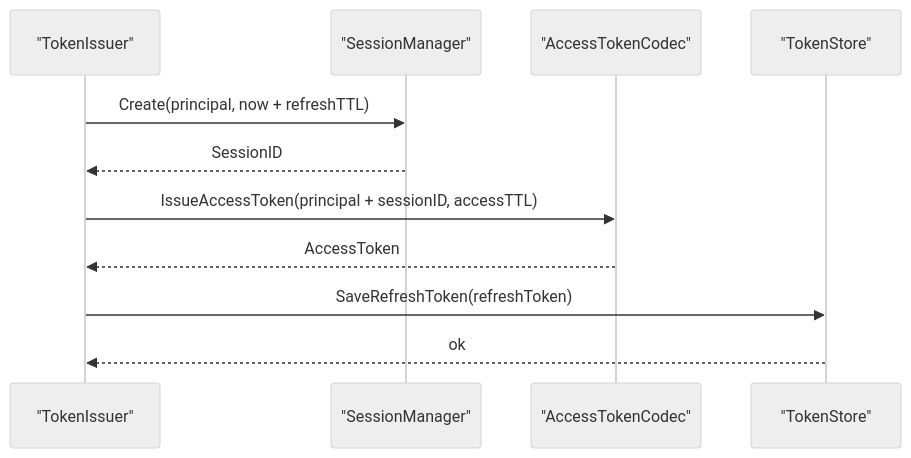
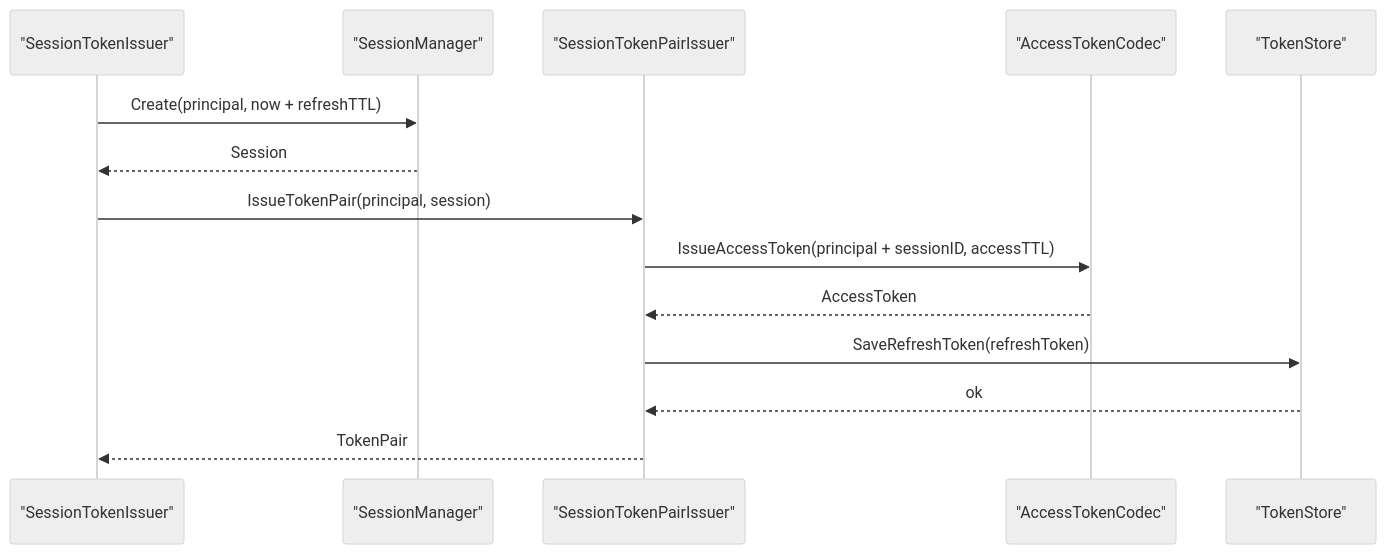
Before and after one commit to FangcunMount/iam: the seventh of 12 diagrams in docs/02-认证AuthN/02-认证语义-用户状态&会话&Token边界.md, drawn with Mermaid (neutral theme). The commit also changed other lines of this file and 18 other files, not shown here.

````diff
--- a/docs/02-认证AuthN/02-认证语义-用户状态&会话&Token边界.md
+++ b/docs/02-认证AuthN/02-认证语义-用户状态&会话&Token边界.md
@@ -560,14 +586,17 @@
 ```mermaid
 sequenceDiagram
-    participant Issuer as "TokenIssuer"
+    participant SessionIssuer as "SessionTokenIssuer"
     participant Session as "SessionManager"
+    participant PairIssuer as "SessionTokenPairIssuer"
     participant Codec as "AccessTokenCodec"
     participant Store as "TokenStore"
 
-    Issuer->>Session: Create(principal, now + refreshTTL)
-    Session-->>Issuer: SessionID
-    Issuer->>Codec: IssueAccessToken(principal + sessionID, accessTTL)
-    Codec-->>Issuer: AccessToken
-    Issuer->>Store: SaveRefreshToken(refreshToken)
-    Store-->>Issuer: ok
+    SessionIssuer->>Session: Create(principal, now + refreshTTL)
+    Session-->>SessionIssuer: Session
+    SessionIssuer->>PairIssuer: IssueTokenPair(principal, session)
+    PairIssuer->>Codec: IssueAccessToken(principal + sessionID, accessTTL)
+    Codec-->>PairIssuer: AccessToken
+    PairIssuer->>Store: SaveRefreshToken(refreshToken)
+    Store-->>PairIssuer: ok
+    PairIssuer-->>SessionIssuer: TokenPair
 ```
````
